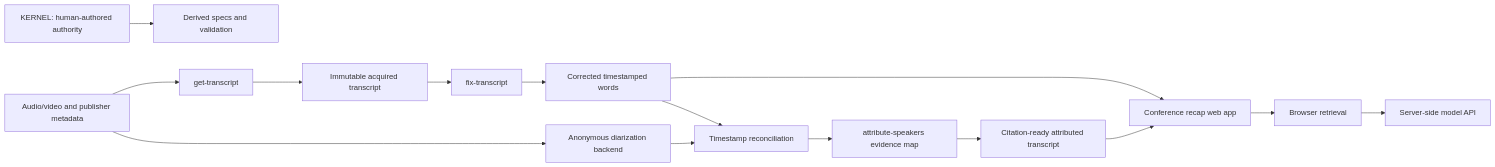
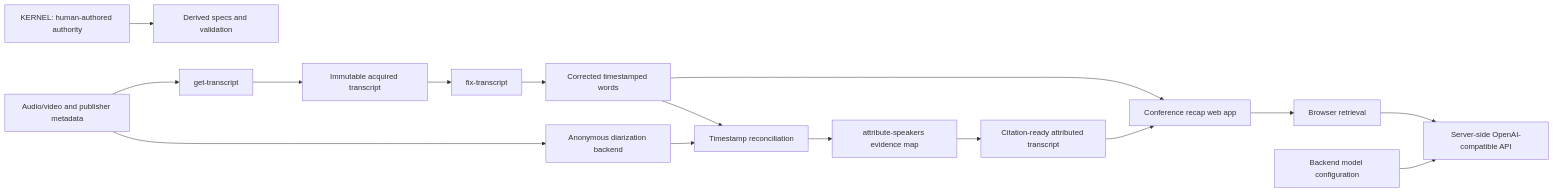
One commit to johnpfeiffer/conferences changed the first of 2 diagrams in architecture.md. Above: the diagram before and after it, drawn with Mermaid. The commit also changed other lines of this file and 4 other files, not shown here.

Commit message:
refactor to shift all LLM selection and details to the (OAI compatible) backend

````diff
--- a/architecture.md
+++ b/architecture.md
@@ -9,17 +9,18 @@
 ```mermaid
 flowchart LR
     K[KERNEL: human-authored authority] --> S[Derived specs and validation]
     A[Audio/video and publisher metadata] --> G[get-transcript]
     G --> R[Immutable acquired transcript]
     R --> F[fix-transcript]
     F --> C[Corrected timestamped words]
     A --> D[Anonymous diarization backend]
     C --> J[Timestamp reconciliation]
     D --> J
     J --> I[attribute-speakers evidence map]
     I --> O[Citation-ready attributed transcript]
     C --> APP[Conference recap web app]
     O --> APP
     APP --> RET[Browser retrieval]
-    RET --> API[Server-side model API]
+    RET --> API[Server-side OpenAI-compatible API]
+    CFG[Backend model configuration] --> API
 ```
````
